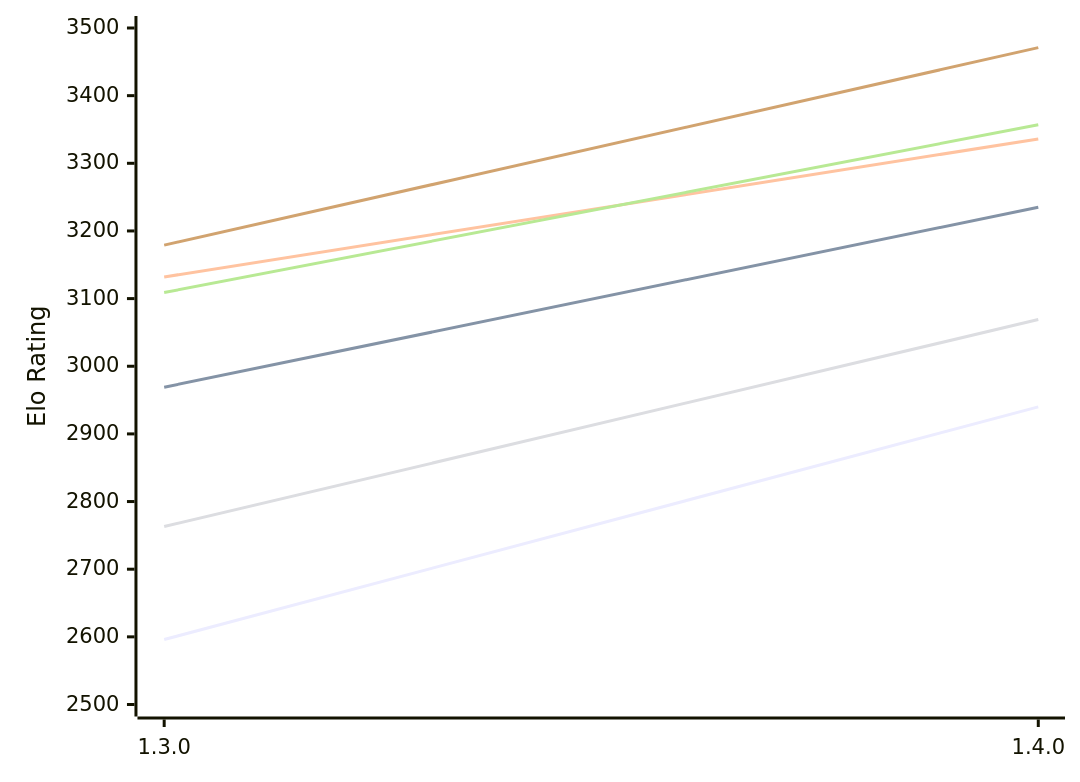
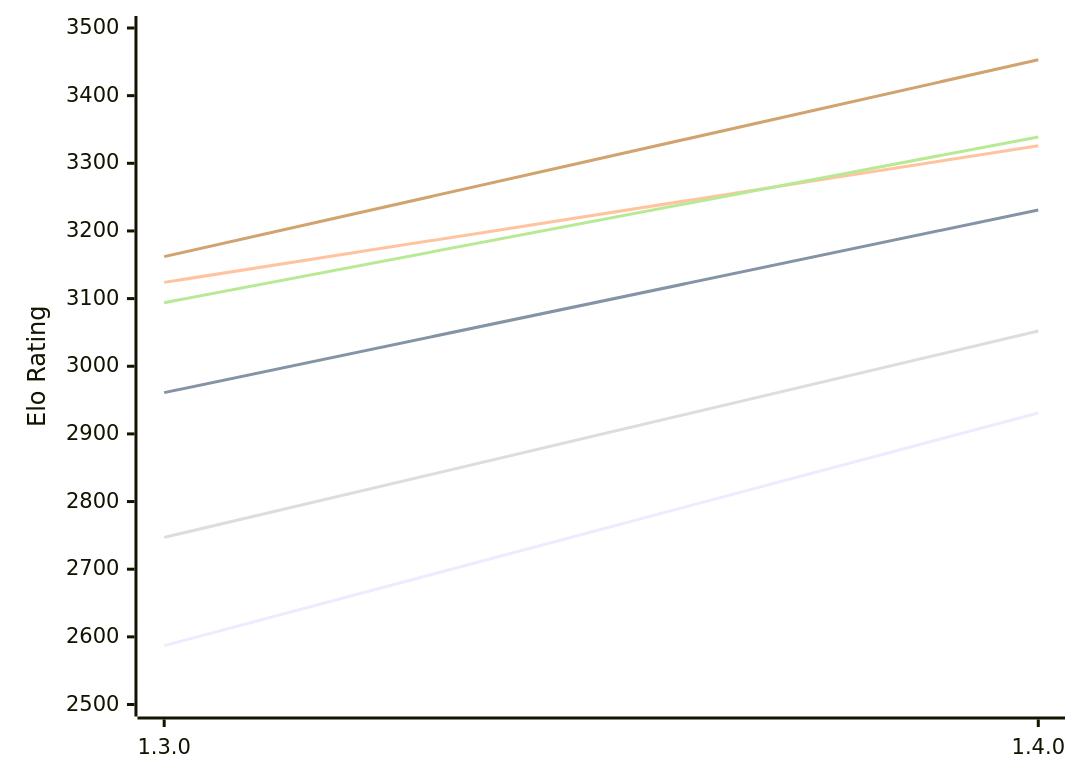
One commit to computer-chess-index/cci changed the first of 2 diagrams in engines/Ember.md. Above: the diagram before and after it, drawn with Mermaid. The commit also changed other lines of this file, not shown here.

Commit message:
Update CCI Ratings (ELO VLTC) - 2026-11-02

````diff
--- a/engines/Ember.md
+++ b/engines/Ember.md
@@ -51,12 +51,12 @@
 ```mermaid
 %%{init: {"theme":"base","themeVariables":{"seriesColors:['#a3a3a3','#222221','#faa371']}}}%%
 xychart-beta
   x-axis ["1.3.0", "1.4.0"]
   y-axis "Elo Rating" 2500 --> 3500
-  line "E1: STC (8.0+0.08s)" [2596, 2940]
-  line "E1: LTC (60.0+0.60s)" [2969, 3235]
-  line "E1: VLTC (2m24s+1.12s)" [3132, 3336]
-  line "P1: STC (8.0+0.08s)" [2763, 3069]
-  line "P1: LTC (60.0+0.60s)" [3109, 3357]
-  line "P1: VLTC (2m24s+1.12s)" [3179, 3471]
+  line "E1: STC (8.0+0.08s)" [2587, 2931]
+  line "E1: LTC (60.0+0.60s)" [2961, 3231]
+  line "E1: VLTC (2m24s+1.12s)" [3124, 3326]
+  line "P1: STC (8.0+0.08s)" [2747, 3052]
+  line "P1: LTC (60.0+0.60s)" [3094, 3339]
+  line "P1: VLTC (2m24s+1.12s)" [3162, 3453]
 ```
````
